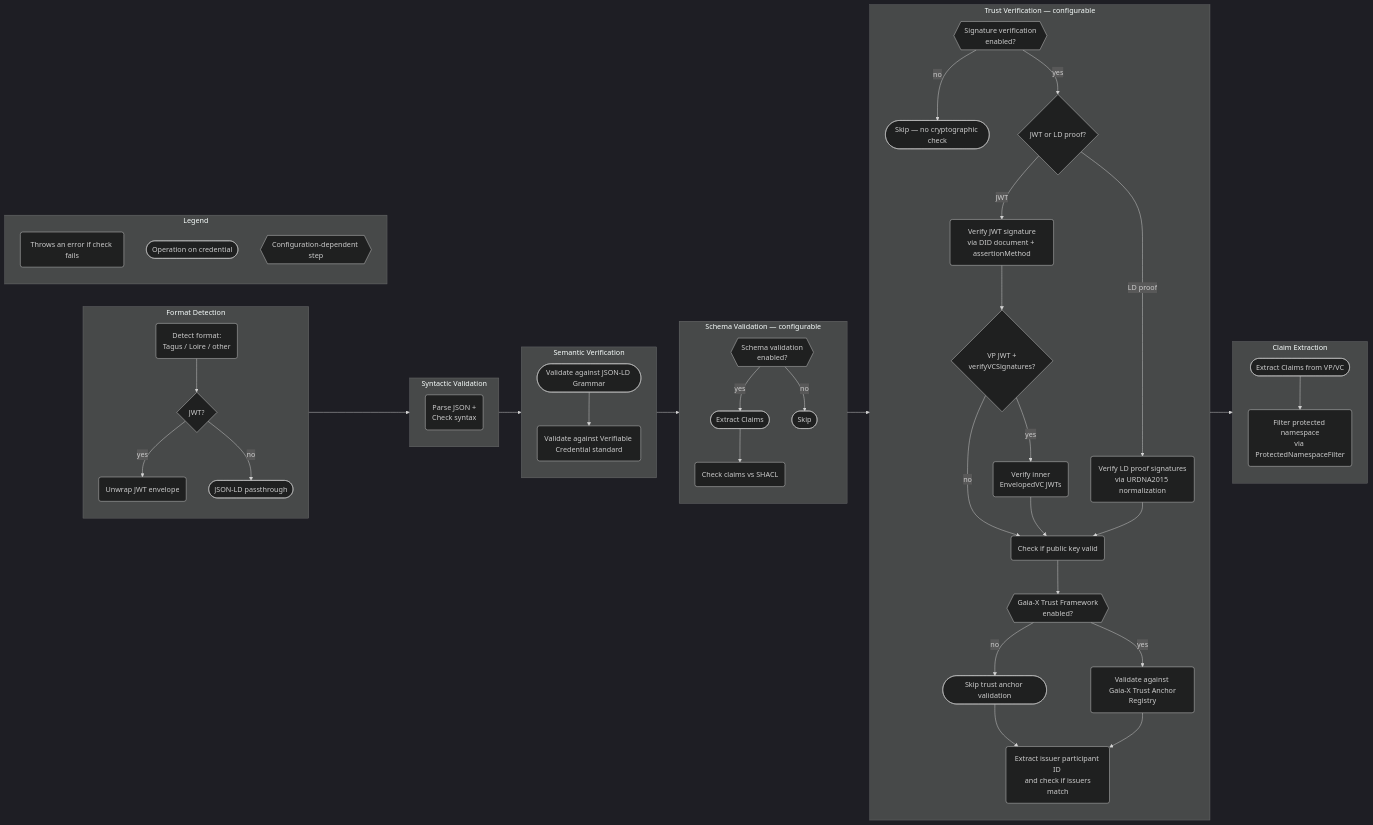
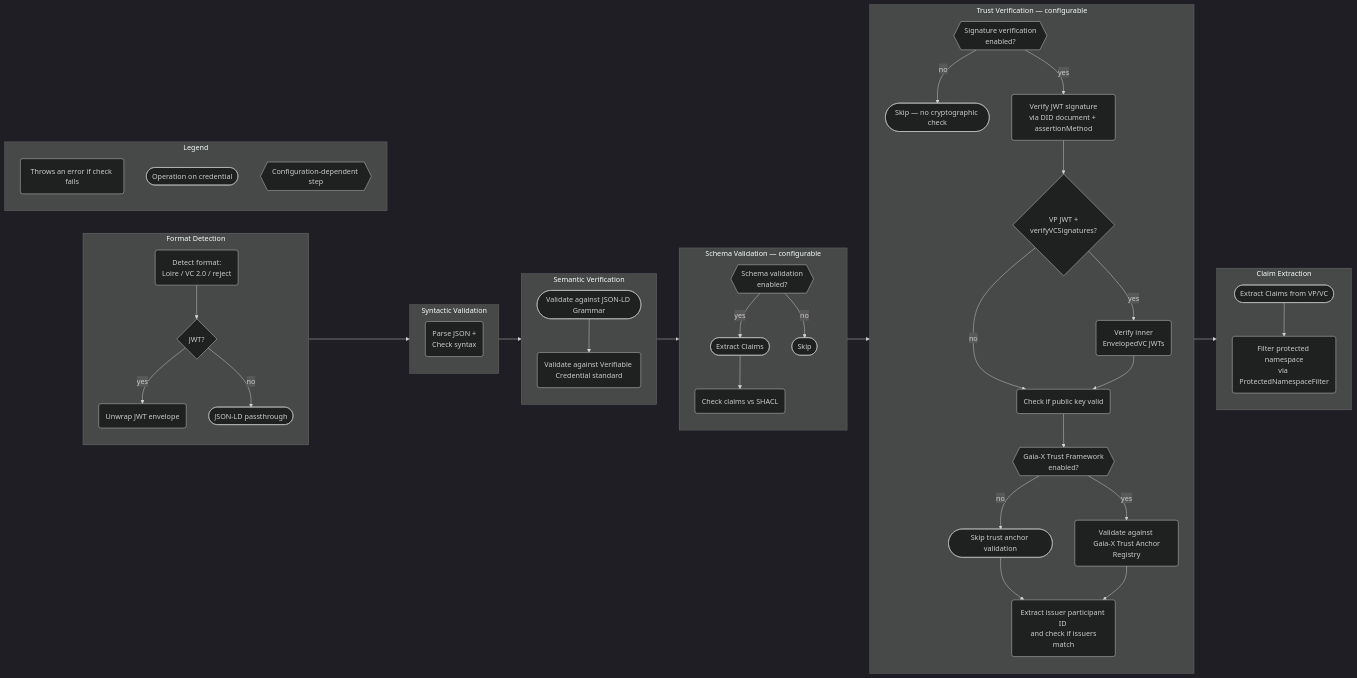
One commit to stevenschwenke/federated-catalogue-docs changed diagram 39 of 39 in federated-catalogue/src/docs/architecture/chapters/06_runtime_view.adoc. Above: the diagram before and after it, drawn with Mermaid (dark theme). The commit also changed other lines of this file and 5 other files, not shown here.

```diff
--- a/federated-catalogue/src/docs/architecture/chapters/06_runtime_view.adoc
+++ b/federated-catalogue/src/docs/architecture/chapters/06_runtime_view.adoc
@@ -1252,59 +1247,57 @@
 [mermaid, width=2000]
 ....
 flowchart LR
     subgraph zero [Format Detection]
-        zeroA(Detect format:<br>Tagus / Loire / other)
+        zeroA(Detect format:<br>Loire / VC 2.0 / reject)
         zeroA --> zeroB{JWT?}
         zeroB --> |yes| zeroC(Unwrap JWT envelope)
         zeroB --> |no| zeroD([JSON-LD passthrough])
     end
     subgraph one [Syntactic Validation]
         oneB(Parse JSON +<br> Check syntax)
     end
     subgraph two [Semantic Verification]
         direction TB
         twoA([Validate against JSON-LD Grammar])
         twoA --> twoB(Validate against Verifiable Credential standard)
     end
     subgraph three [Schema Validation — configurable]
         direction TB
         threeA{{Schema validation<br>enabled?}}
         threeA --> |yes| threeB([Extract Claims])
         threeB --> threeC(Check claims vs SHACL)
         threeA --> |no| threeD([Skip])
     end
     subgraph four [Trust Verification — configurable]
         direction TB
         fourPre{{Signature verification<br>enabled?}}
         fourPre --> |no| fourSkip([Skip — no cryptographic check])
-        fourPre --> |yes| fourFmt{JWT or LD proof?}
-        fourFmt --> |LD proof| fourA(Verify LD proof signatures<br>via URDNA2015 normalization)
-        fourFmt --> |JWT| fourJWT(Verify JWT signature<br>via DID document + assertionMethod)
+        fourPre --> |yes| fourJWT(Verify JWT signature<br>via DID document + assertionMethod)
         fourJWT --> fourInner{VP JWT +<br>verifyVCSignatures?}
         fourInner --> |yes| fourEnv(Verify inner<br>EnvelopedVC JWTs)
         fourInner --> |no| fourC
         fourEnv --> fourC
-        fourA --> fourC(Check if public key valid)
+        fourC(Check if public key valid)
         fourC --> fourD{{Gaia-X Trust Framework <br> enabled?}}
         fourD --> |yes| fourE(Validate against <br> Gaia-X Trust Anchor Registry)
         fourD --> |no| fourF([Skip trust anchor validation])
         fourF --> fourG(Extract issuer participant ID <br> and check if issuers match)
         fourE --> fourG
     end
     zero --> one
     one --> two
     two --> three
     three --> four
     four --> five
     subgraph five [Claim Extraction]
         direction TB
         fiveA([Extract Claims from VP/VC])
         fiveA --> fiveB(Filter protected namespace<br>via ProtectedNamespaceFilter)
     end
     subgraph six [Legend]
         direction TB
         A(Throws an error if check fails)
         B([Operation on credential])
         C{{Configuration-dependent step}}
     end
 ....
```
